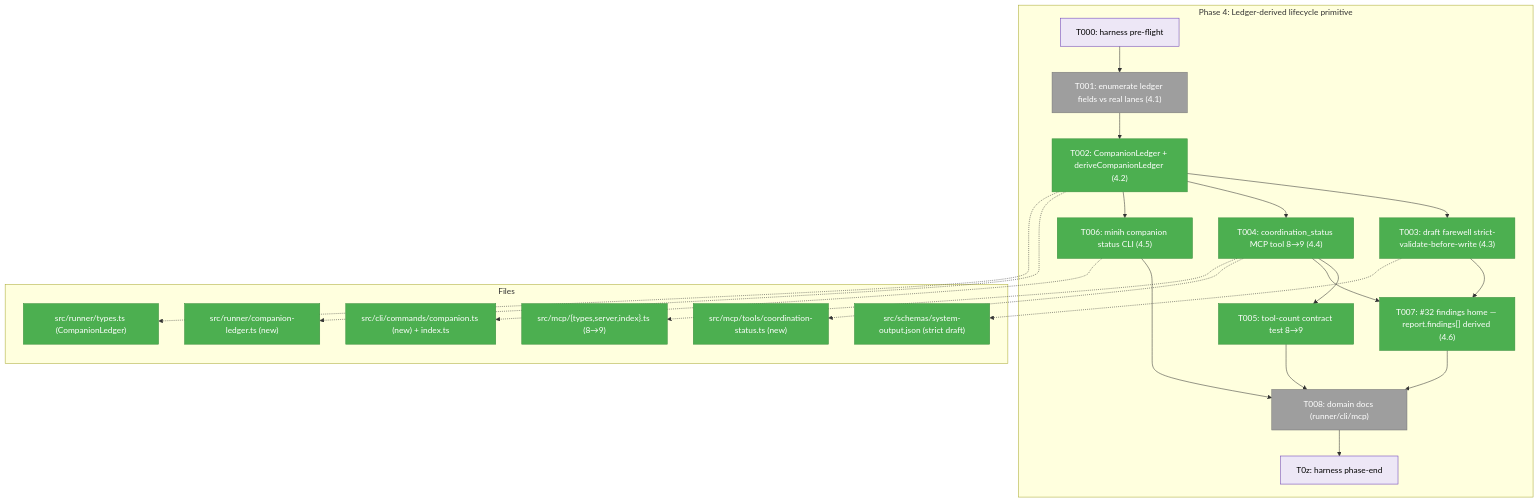
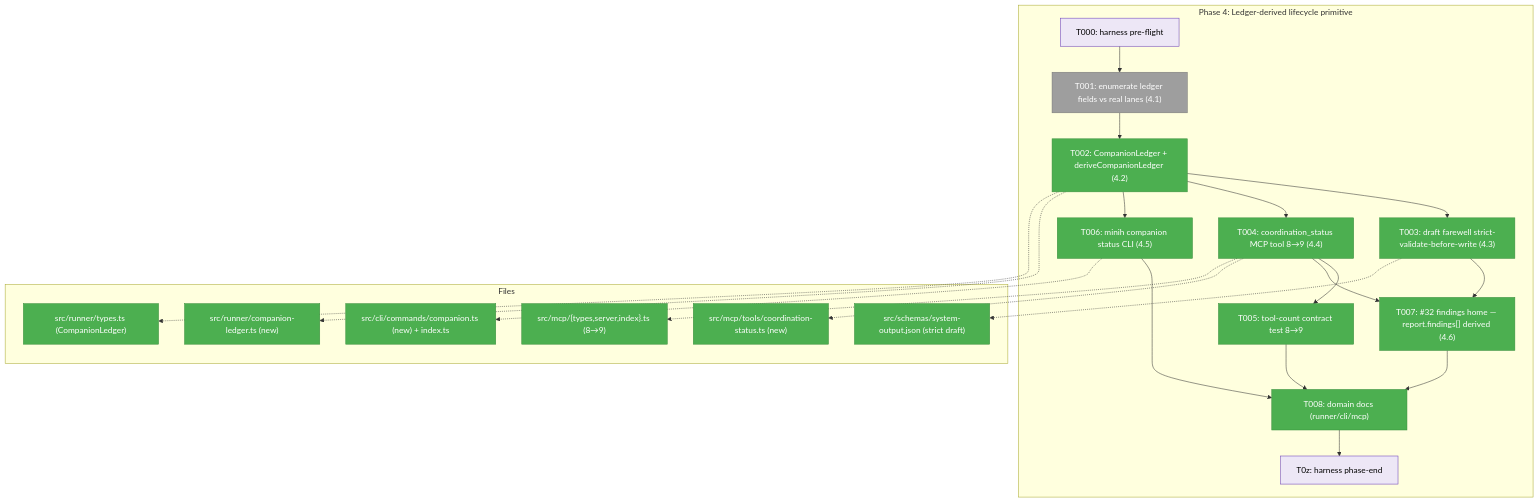
The first of 3 diagrams in docs/plans/027-companion-coordination/tasks/phase-4-ledger-derived-lifecycle-primitive/tasks.md (AI-Substrate/minih), drawn with Mermaid before and after one commit. The commit also changed other lines of this file and 4 other files, not shown here.

First line of the commit message:
docs(domains): reflect Phase 4 ledger primitive in runner/cli/mcp domains (T008)

````diff
--- a/docs/plans/027-companion-coordination/tasks/phase-4-ledger-derived-lifecycle-primitive/tasks.md
+++ b/docs/plans/027-companion-coordination/tasks/phase-4-ledger-derived-lifecycle-primitive/tasks.md
@@ -100,44 +100,44 @@
 ```mermaid
 flowchart TD
     classDef pending fill:#9E9E9E,stroke:#757575,color:#fff
     classDef completed fill:#4CAF50,stroke:#388E3C,color:#fff
     classDef seam fill:#EDE7F6,stroke:#673AB7,color:#000
 
     subgraph Phase["Phase 4: Ledger-derived lifecycle primitive"]
         T000["T000: harness pre-flight"]:::seam
         T001["T001: enumerate ledger fields vs real lanes (4.1)"]:::pending
         T002["T002: CompanionLedger + deriveCompanionLedger (4.2)"]:::completed
         T003["T003: draft farewell strict-validate-before-write (4.3)"]:::completed
         T004["T004: coordination_status MCP tool 8→9 (4.4)"]:::completed
         T005["T005: tool-count contract test 8→9"]:::completed
         T006["T006: minih companion status CLI (4.5)"]:::completed
         T007["T007: #32 findings home — report.findings[] derived (4.6)"]:::completed
-        T008["T008: domain docs (runner/cli/mcp)"]:::pending
+        T008["T008: domain docs (runner/cli/mcp)"]:::completed
         T0z["T0z: harness phase-end"]:::seam
 
         T000 --> T001 --> T002 --> T003
         T002 --> T004 --> T005
         T002 --> T006
         T003 --> T007
         T004 --> T007
         T005 --> T008
         T006 --> T008
         T007 --> T008 --> T0z
     end
 
     subgraph Files["Files"]
         F1["src/runner/companion-ledger.ts (new)"]:::completed
         F2["src/runner/types.ts (CompanionLedger)"]:::completed
         F3["src/mcp/tools/coordination-status.ts (new)"]:::completed
         F4["src/mcp/{types,server,index}.ts (8→9)"]:::completed
         F5["src/cli/commands/companion.ts (new) + index.ts"]:::completed
         F6["src/schemas/system-output.json (strict draft)"]:::completed
     end
 
     T002 -.-> F1
     T002 -.-> F2
     T003 -.-> F6
     T004 -.-> F3
     T004 -.-> F4
     T006 -.-> F5
 ```
````
